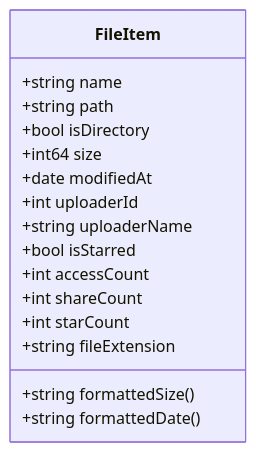
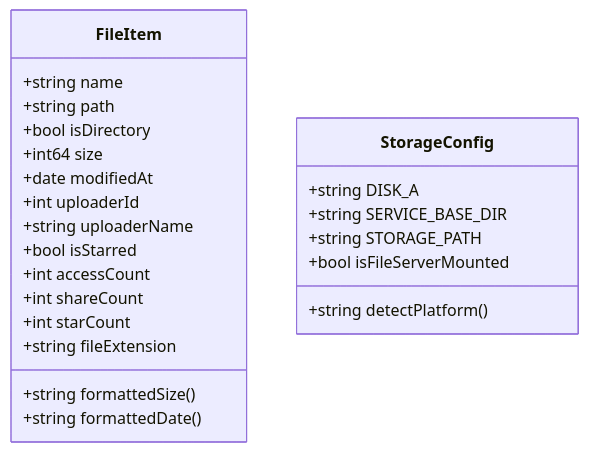
The sixth of 10 diagrams in .qoder/repowiki/zh/content/文件管理系统/文件管理系统.md (CubeEdge/Longhorn), drawn with Mermaid before and after one commit. The commit also changed other lines of this file and 26 other files, not shown here.

````diff
--- a/.qoder/repowiki/zh/content/文件管理系统/文件管理系统.md
+++ b/.qoder/repowiki/zh/content/文件管理系统/文件管理系统.md
@@ -273,19 +317,26 @@
 ```mermaid
 classDiagram
 class FileItem {
 +string name
 +string path
 +bool isDirectory
 +int64 size
 +date modifiedAt
 +int uploaderId
 +string uploaderName
 +bool isStarred
 +int accessCount
 +int shareCount
 +int starCount
 +string fileExtension
 +string formattedSize()
 +string formattedDate()
 }
+class StorageConfig {
++string DISK_A
++string SERVICE_BASE_DIR
++string STORAGE_PATH
++bool isFileServerMounted
++string detectPlatform()
+}
 ```
````
